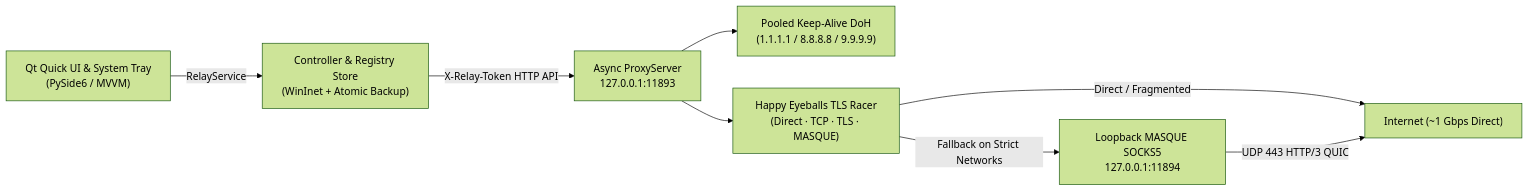
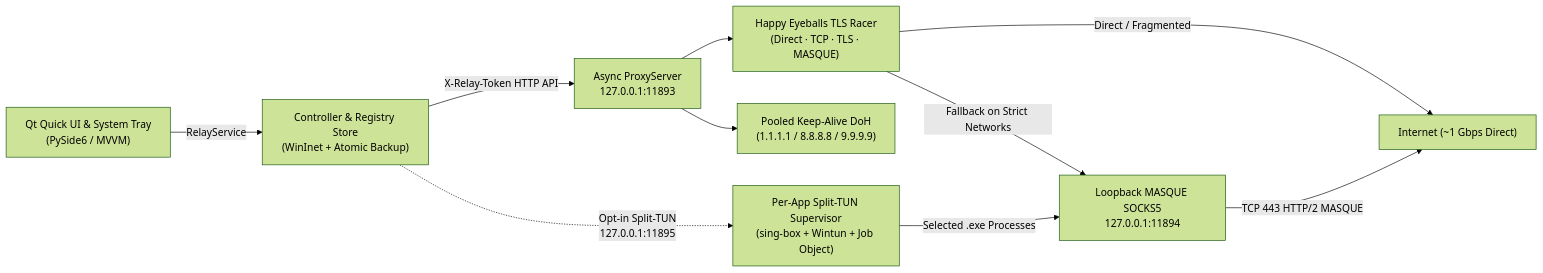
The diagram in README.md (Ferdi-krbk/Relay), drawn with Mermaid (forest theme) before and after one commit. The commit also changed other lines of this file, not shown here.

Commit message:
Update README with Split-TUN architecture, HTTP/2 MASQUE, and process lifecycle details

````diff
--- a/README.md
+++ b/README.md
@@ -29,10 +31,12 @@
 ```mermaid
 flowchart LR
     UI["Qt Quick UI & System Tray<br/>(PySide6 / MVVM)"] -->|RelayService| CTRL["Controller & Registry Store<br/>(WinInet + Atomic Backup)"]
     CTRL -->|X-Relay-Token HTTP API| PROXY["Async ProxyServer<br/>127.0.0.1:11893"]
+    CTRL -.->|Opt-in Split-TUN<br/>127.0.0.1:11895| GAME["Per-App Split-TUN Supervisor<br/>(sing-box + Wintun + Job Object)"]
     PROXY --> DOH["Pooled Keep-Alive DoH<br/>(1.1.1.1 / 8.8.8.8 / 9.9.9.9)"]
     PROXY --> RACE["Happy Eyeballs TLS Racer<br/>(Direct · TCP · TLS · MASQUE)"]
     RACE -->|Direct / Fragmented| NET["Internet (~1 Gbps Direct)"]
     RACE -->|Fallback on Strict Networks| TUN["Loopback MASQUE SOCKS5<br/>127.0.0.1:11894"]
-    TUN -->|UDP 443 HTTP/3 QUIC| NET
+    GAME -->|Selected .exe Processes| TUN
+    TUN -->|TCP 443 HTTP/2 MASQUE| NET
 ```
````
